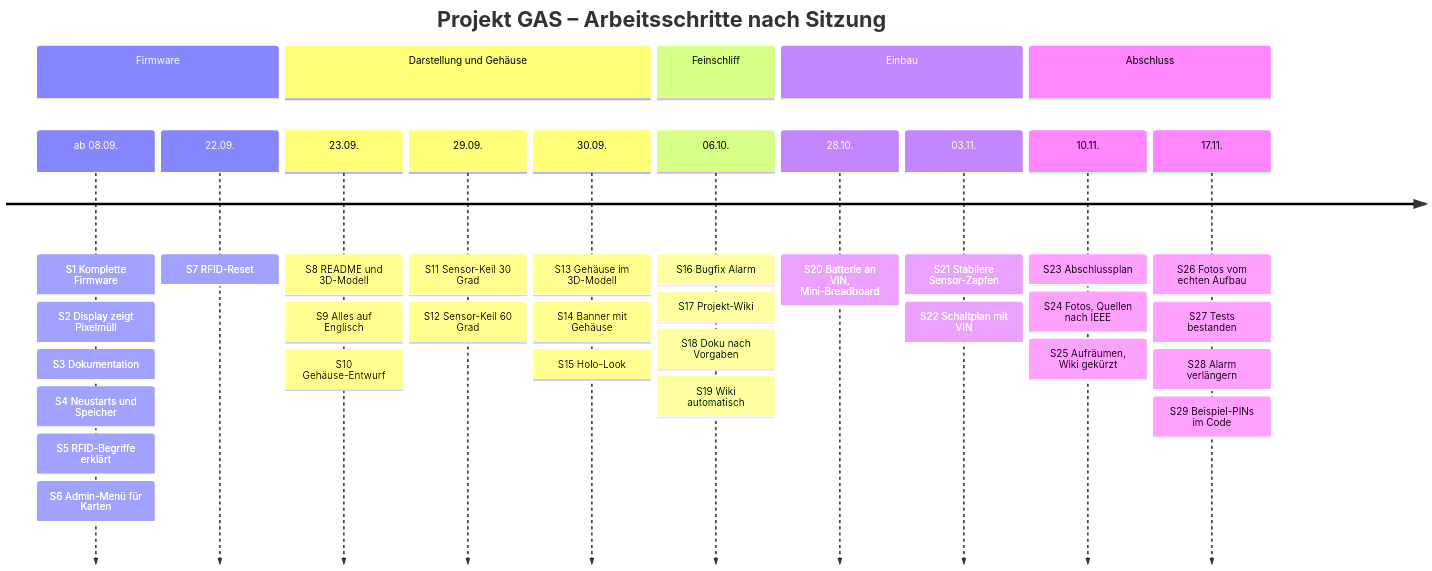
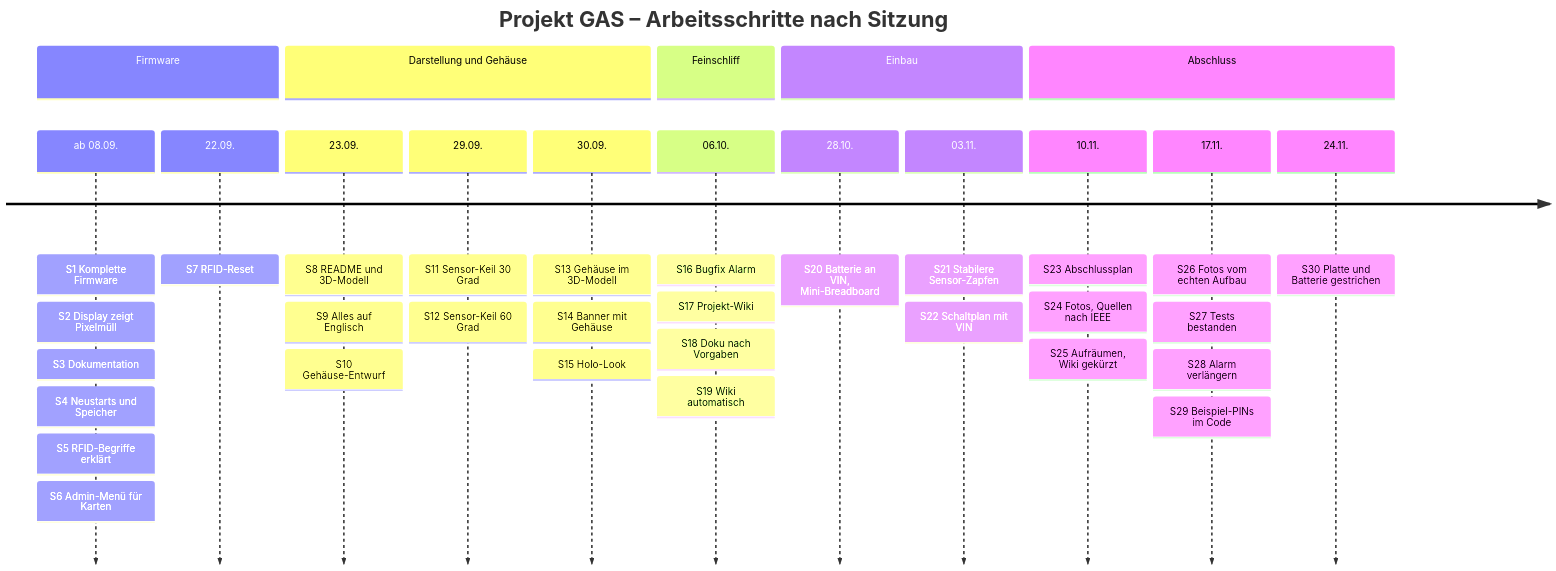
One commit to BBZ-AIFS51/LF7-Projekt_GAS changed the first of 3 diagrams in wiki/Entwicklungsverlauf.md. Above: the diagram before and after it, drawn with Mermaid. The commit also changed other lines of this file and 7 other files, not shown here.

````diff
--- a/wiki/Entwicklungsverlauf.md
+++ b/wiki/Entwicklungsverlauf.md
@@ -23,38 +23,39 @@
 ```mermaid
 timeline
     title Projekt GAS – Arbeitsschritte nach Sitzung
     section Firmware
         ab 08.09. : S1 Komplette Firmware
                   : S2 Display zeigt Pixelmüll
                   : S3 Dokumentation
                   : S4 Neustarts und Speicher
                   : S5 RFID-Begriffe erklärt
                   : S6 Admin-Menü für Karten
         22.09. : S7 RFID-Reset
     section Darstellung und Gehäuse
         23.09. : S8 README und 3D-Modell
                : S9 Alles auf Englisch
                : S10 Gehäuse-Entwurf
         29.09. : S11 Sensor-Keil 30 Grad
                : S12 Sensor-Keil 60 Grad
         30.09. : S13 Gehäuse im 3D-Modell
                : S14 Banner mit Gehäuse
                : S15 Holo-Look
     section Feinschliff
         06.10. : S16 Bugfix Alarm
                : S17 Projekt-Wiki
                : S18 Doku nach Vorgaben
                : S19 Wiki automatisch
     section Einbau
         28.10. : S20 Batterie an VIN, Mini-Breadboard
         03.11. : S21 Stabilere Sensor-Zapfen
                : S22 Schaltplan mit VIN
     section Abschluss
         10.11. : S23 Abschlussplan
                : S24 Fotos, Quellen nach IEEE
                : S25 Aufräumen, Wiki gekürzt
         17.11. : S26 Fotos vom echten Aufbau
                : S27 Tests bestanden
                : S28 Alarm verlängern
                : S29 Beispiel-PINs im Code
+        24.11. : S30 Platte und Batterie gestrichen
 ```
````
